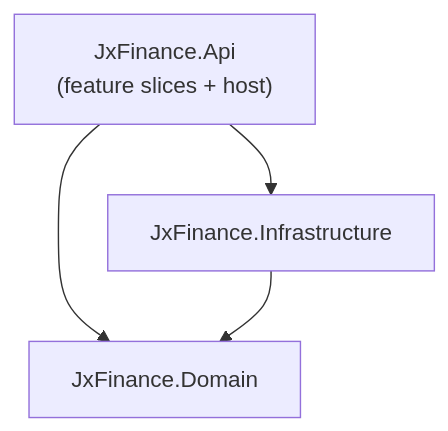
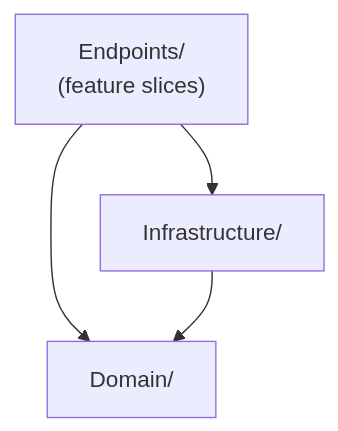
One commit to Justxs/Jx-Finance changed the third of 5 diagrams in docs/7. Architecture notes.md. Above: the diagram before and after it, drawn with Mermaid. The commit also changed other lines of this file and 92 other files, not shown here.

````diff
--- a/docs/7. Architecture notes.md
+++ b/docs/7. Architecture notes.md
@@ -89,6 +90,6 @@
 ```mermaid
 flowchart TD
-    api["JxFinance.Api<br/>(feature slices + host)"] --> infra["JxFinance.Infrastructure"]
-    api --> domain["JxFinance.Domain"]
+    endpoints["Endpoints/<br/>(feature slices)"] --> infra["Infrastructure/"]
+    endpoints --> domain["Domain/"]
     infra --> domain
 ```
````
